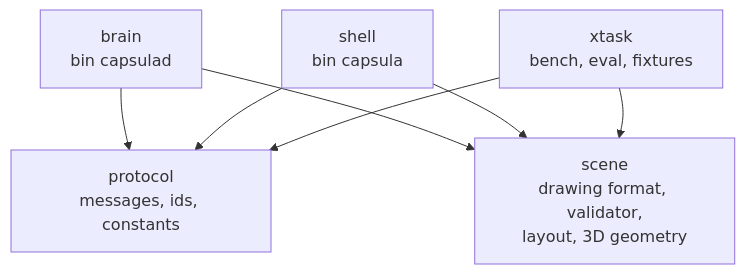
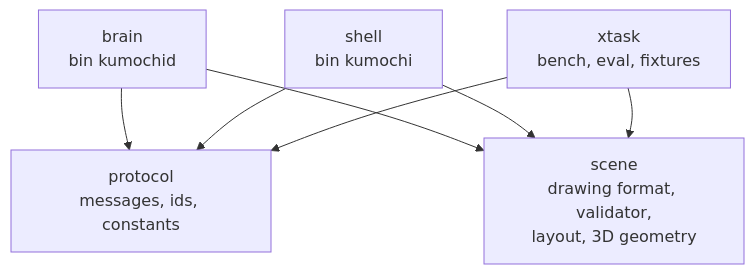
Before and after one commit to labcoder/capsula: the second of 7 diagrams in docs/development/architecture.md, drawn with Mermaid. The commit also changed other lines of this file and 115 other files, not shown here.

````diff
--- a/docs/development/architecture.md
+++ b/docs/development/architecture.md
@@ -50,14 +50,14 @@
 ```mermaid
 flowchart TD
   protocol["protocol<br/>messages, ids, constants"]
   scene["scene<br/>drawing format, validator,<br/>layout, 3D geometry"]
-  brain["brain<br/>bin capsulad"]
-  shell["shell<br/>bin capsula"]
+  brain["brain<br/>bin kumochid"]
+  shell["shell<br/>bin kumochi"]
   xtask["xtask<br/>bench, eval, fixtures"]
   brain --> protocol
   brain --> scene
   shell --> protocol
   shell --> scene
   xtask --> protocol
   xtask --> scene
 ```
````
